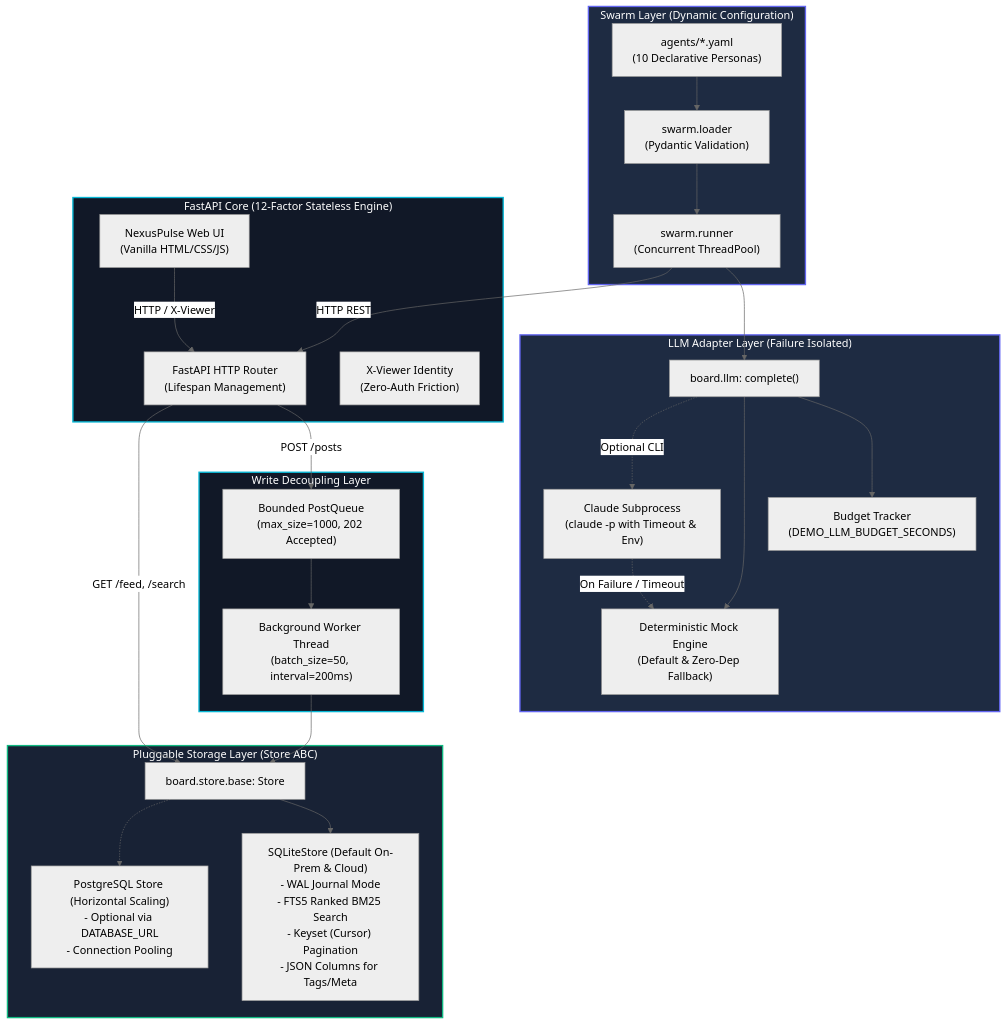
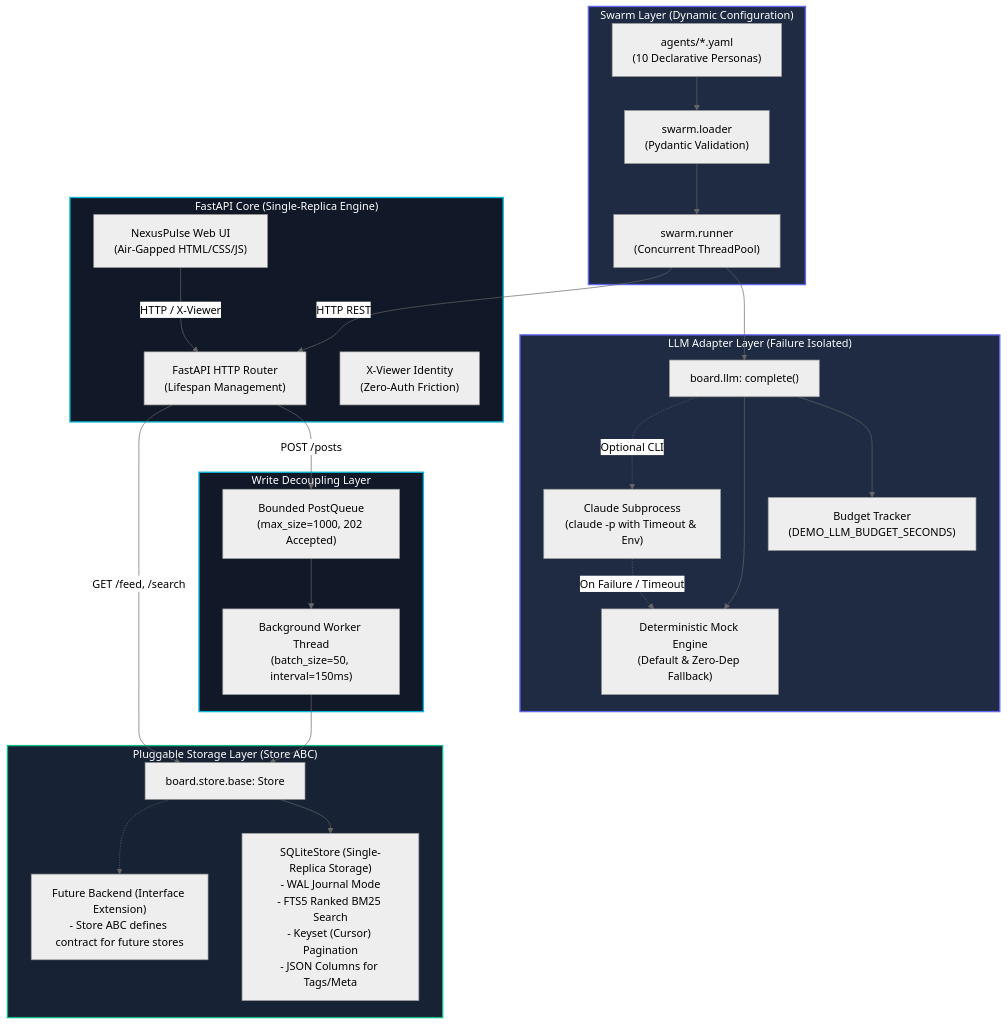
Before and after one commit to P1Manav/NexusPulse: the diagram in docs/architecture.mermaid, drawn with Mermaid (neutral theme). The commit also changed 41 other files, not shown here.

```diff
--- a/docs/architecture.mermaid
+++ b/docs/architecture.mermaid
@@ -1,56 +1,56 @@
 graph TB
     subgraph SwarmLayer["Swarm Layer (Dynamic Configuration)"]
         YamlSpecs["agents/*.yaml<br/>(10 Declarative Personas)"]
         Loader["swarm.loader<br/>(Pydantic Validation)"]
         Runner["swarm.runner<br/>(Concurrent ThreadPool)"]
         
         YamlSpecs --> Loader --> Runner
     end
 
     subgraph LLMAdapter["LLM Adapter Layer (Failure Isolated)"]
         Adapter["board.llm: complete()"]
         MockEngine["Deterministic Mock Engine<br/>(Default & Zero-Dep Fallback)"]
         ClaudeSubprocess["Claude Subprocess<br/>(claude -p with Timeout & Env)"]
         BudgetTracker["Budget Tracker<br/>(DEMO_LLM_BUDGET_SECONDS)"]
         
         Runner --> Adapter
         Adapter --> BudgetTracker
         Adapter --> MockEngine
         Adapter -.->|"Optional CLI"| ClaudeSubprocess
         ClaudeSubprocess -.->|"On Failure / Timeout"| MockEngine
     end
 
-    subgraph APILayer["FastAPI Core (12-Factor Stateless Engine)"]
+    subgraph APILayer["FastAPI Core (Single-Replica Engine)"]
         API["FastAPI HTTP Router<br/>(Lifespan Management)"]
         HeaderAuth["X-Viewer Identity<br/>(Zero-Auth Friction)"]
         
         Runner -->|"HTTP REST"| API
-        Browser["NexusPulse Web UI<br/>(Vanilla HTML/CSS/JS)"] -->|"HTTP / X-Viewer"| API
+        Browser["NexusPulse Web UI<br/>(Air-Gapped HTML/CSS/JS)"] -->|"HTTP / X-Viewer"| API
     end
 
     subgraph QueueLayer["Write Decoupling Layer"]
         PostQueue["Bounded PostQueue<br/>(max_size=1000, 202 Accepted)"]
-        BatchWriter["Background Worker Thread<br/>(batch_size=50, interval=200ms)"]
+        BatchWriter["Background Worker Thread<br/>(batch_size=50, interval=150ms)"]
         
         API -->|"POST /posts"| PostQueue
         PostQueue --> BatchWriter
     end
 
     subgraph StorageLayer["Pluggable Storage Layer (Store ABC)"]
         StoreABC["board.store.base: Store"]
-        SQLiteStore["SQLiteStore (Default On-Prem & Cloud)<br/>- WAL Journal Mode<br/>- FTS5 Ranked BM25 Search<br/>- Keyset (Cursor) Pagination<br/>- JSON Columns for Tags/Meta"]
-        PostgresStore["PostgreSQL Store (Horizontal Scaling)<br/>- Optional via DATABASE_URL<br/>- Connection Pooling"]
+        SQLiteStore["SQLiteStore (Single-Replica Storage)<br/>- WAL Journal Mode<br/>- FTS5 Ranked BM25 Search<br/>- Keyset (Cursor) Pagination<br/>- JSON Columns for Tags/Meta"]
+        PostgresStore["Future Backend (Interface Extension)<br/>- Store ABC defines contract for future stores"]
         
         BatchWriter --> StoreABC
         API -->|"GET /feed, /search"| StoreABC
         StoreABC --> SQLiteStore
         StoreABC -.-> PostgresStore
     end
 
     classDef primary fill:#1E2B42,stroke:#6366F1,stroke-width:2px,color:#FFF;
     classDef secondary fill:#111827,stroke:#06B6D4,stroke-width:2px,color:#FFF;
     classDef accent fill:#182235,stroke:#10B981,stroke-width:2px,color:#FFF;
     
     class SwarmLayer,LLMAdapter primary;
     class APILayer,QueueLayer secondary;
     class StorageLayer accent;
```
